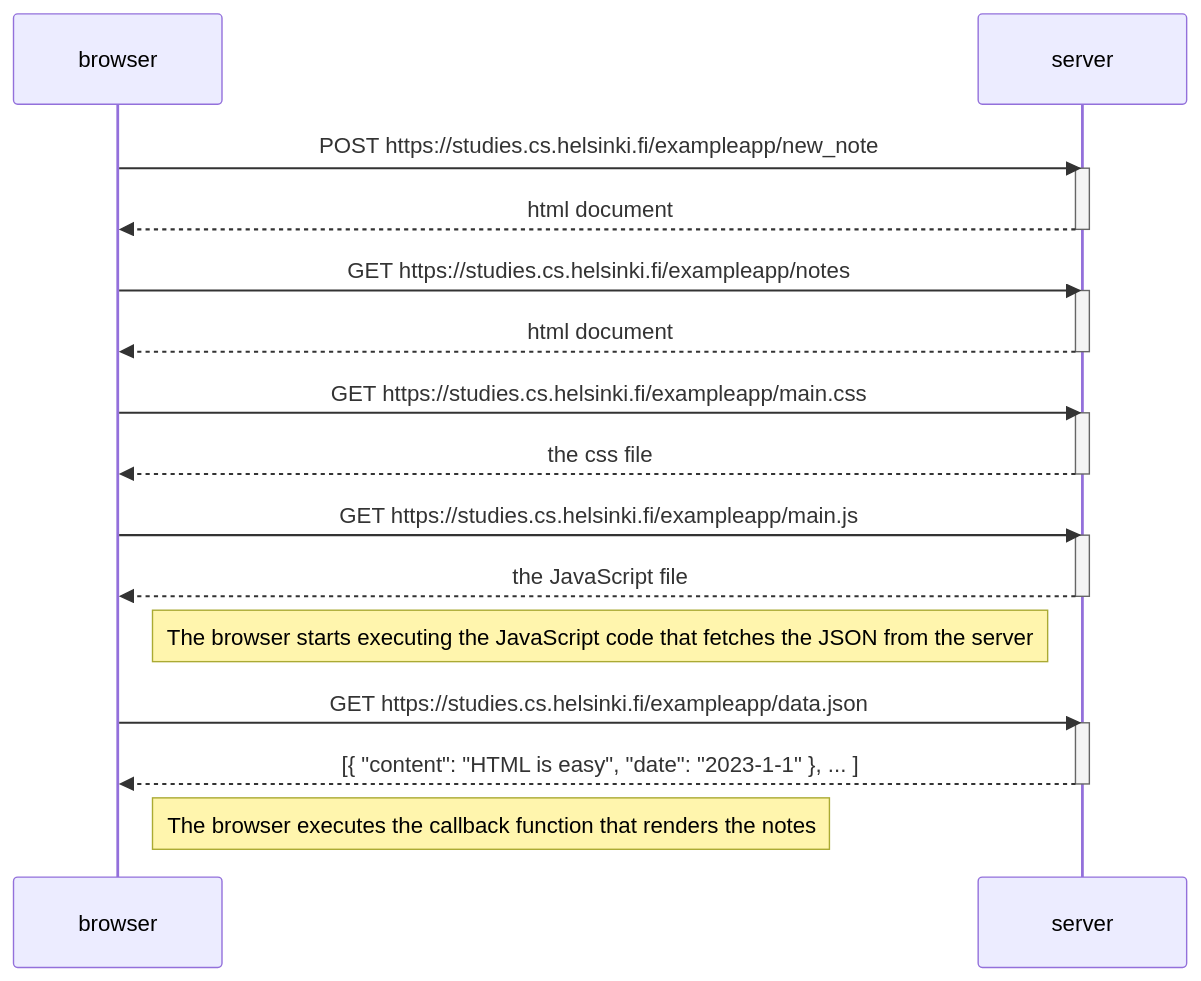
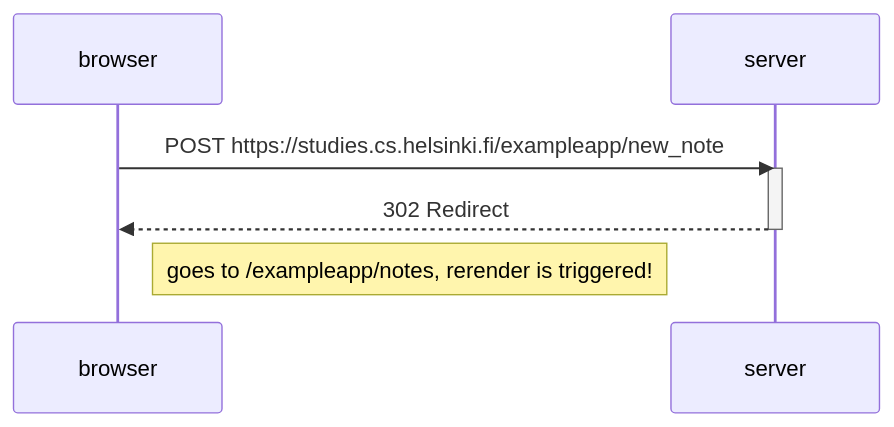
Before and after one commit to karlokolac/full-stack-open-submission-repository: the diagram in part0/0-4.md, drawn with Mermaid.

Commit message:
Finish exercise 0.4

````diff
--- a/part0/0-4.md
+++ b/part0/0-4.md
@@ -3,34 +3,12 @@
 ```mermaid
 sequenceDiagram
     participant browser
     participant server
 
     browser->>server: POST https://studies.cs.helsinki.fi/exampleapp/new_note
     activate server
-    server-->>browser: html document
+    server-->>browser: 302 Redirect
     deactivate server
 
-    browser->>server: GET https://studies.cs.helsinki.fi/exampleapp/notes
-    activate server
-    server-->>browser: html document
-    deactivate server
-
-    browser->>server: GET https://studies.cs.helsinki.fi/exampleapp/main.css
-    activate server
-    server-->>browser: the css file
-    deactivate server
-
-    browser->>server: GET https://studies.cs.helsinki.fi/exampleapp/main.js
-    activate server
-    server-->>browser: the JavaScript file
-    deactivate server
-
-    Note right of browser: The browser starts executing the JavaScript code that fetches the JSON from the server
-
-    browser->>server: GET https://studies.cs.helsinki.fi/exampleapp/data.json
-    activate server
-    server-->>browser: [{ "content": "HTML is easy", "date": "2023-1-1" }, ... ]
-    deactivate server
-
-    Note right of browser: The browser executes the callback function that renders the notes
+    Note right of browser: goes to /exampleapp/notes, rerender is triggered!
 ```
````
